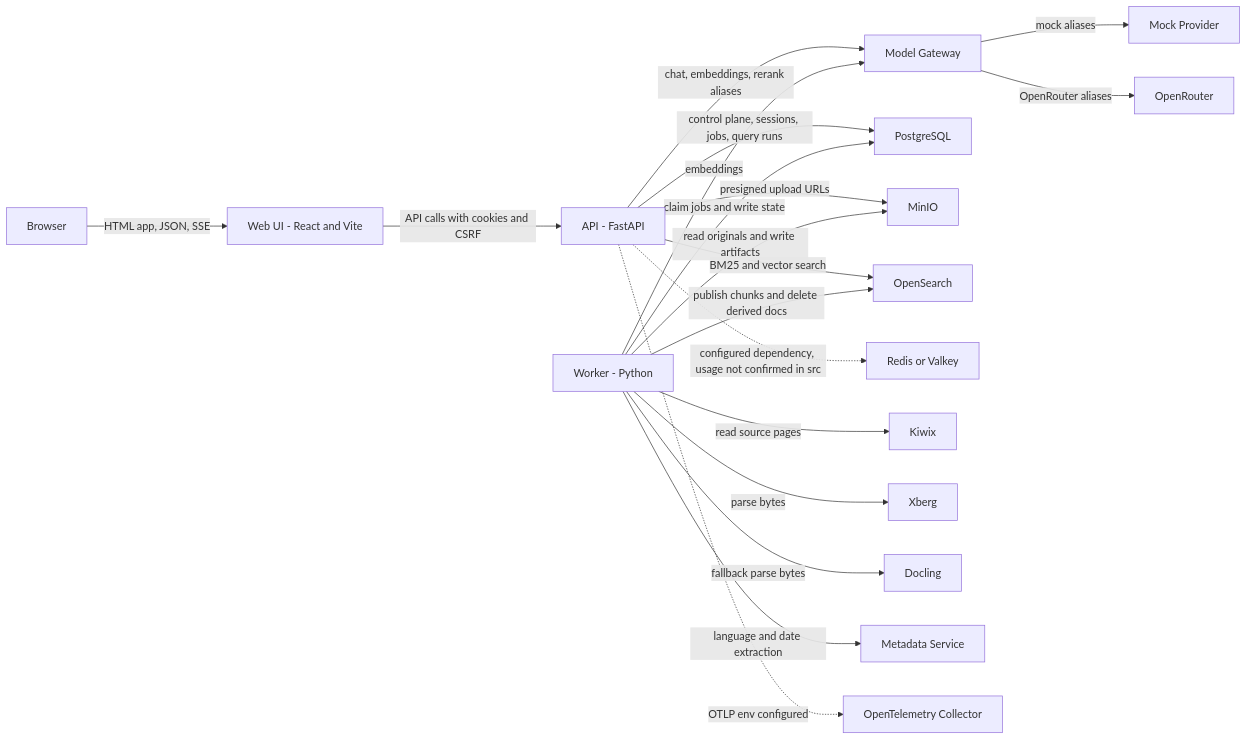
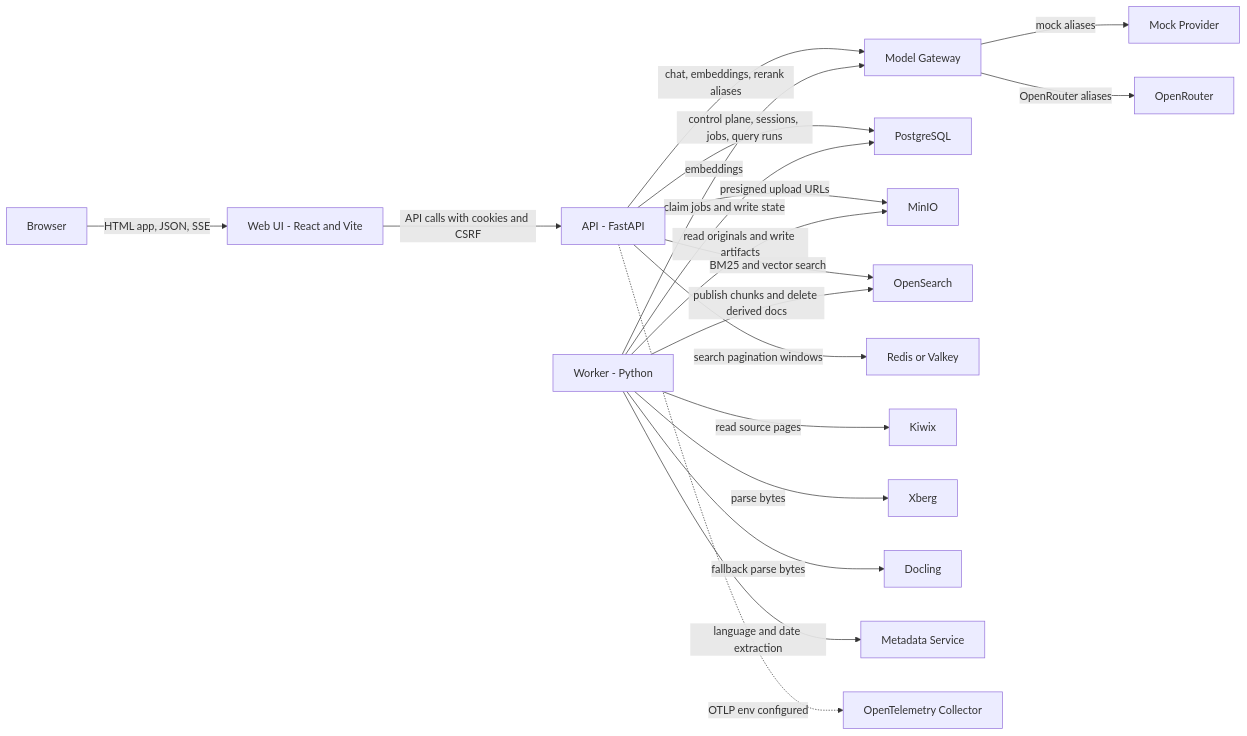
The second of 2 diagrams in docs/architecture.md (StickyClown/Wikipedia-RAG), drawn with Mermaid before and after one commit. The commit also changed other lines of this file and 18 other files, not shown here.

````diff
--- a/docs/architecture.md
+++ b/docs/architecture.md
@@ -88,38 +98,38 @@
 ```mermaid
 flowchart LR
     Browser["Browser"]
     UI["Web UI - React and Vite"]
     API["API - FastAPI"]
     Worker["Worker - Python"]
     Gateway["Model Gateway"]
     Mock["Mock Provider"]
     OpenRouter["OpenRouter"]
     Postgres["PostgreSQL"]
     MinIO["MinIO"]
     Search["OpenSearch"]
     Redis["Redis or Valkey"]
     Kiwix["Kiwix"]
     Xberg["Xberg"]
     Docling["Docling"]
     Metadata["Metadata Service"]
     OTel["OpenTelemetry Collector"]
 
     Browser -->|"HTML app, JSON, SSE"| UI
     UI -->|"API calls with cookies and CSRF"| API
     API -->|"control plane, sessions, jobs, query runs"| Postgres
     API -->|"presigned upload URLs"| MinIO
     API -->|"BM25 and vector search"| Search
     API -->|"chat, embeddings, rerank aliases"| Gateway
-    API -. "configured dependency, usage not confirmed in src" .-> Redis
+    API -->|"search pagination windows"| Redis
     Worker -->|"claim jobs and write state"| Postgres
     Worker -->|"read originals and write artifacts"| MinIO
     Worker -->|"publish chunks and delete derived docs"| Search
     Worker -->|"read source pages"| Kiwix
     Worker -->|"parse bytes"| Xberg
     Worker -->|"fallback parse bytes"| Docling
     Worker -->|"language and date extraction"| Metadata
     Worker -->|"embeddings"| Gateway
     Gateway -->|"mock aliases"| Mock
     Gateway -->|"OpenRouter aliases"| OpenRouter
     API -. "OTLP env configured" .-> OTel
 ```
````
